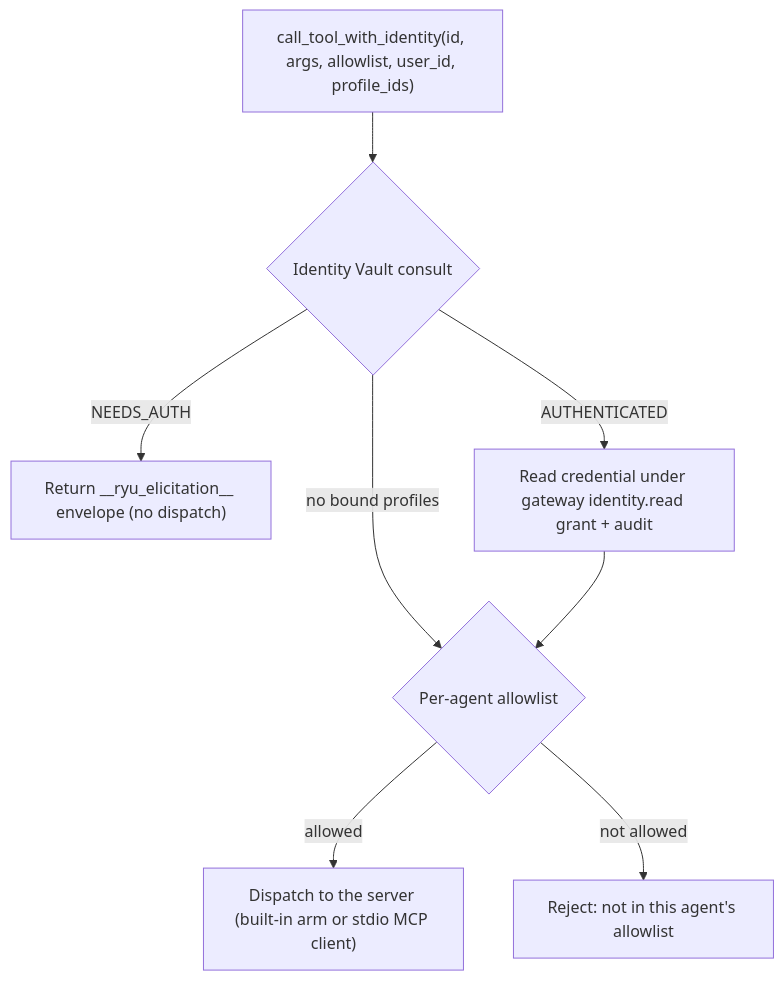
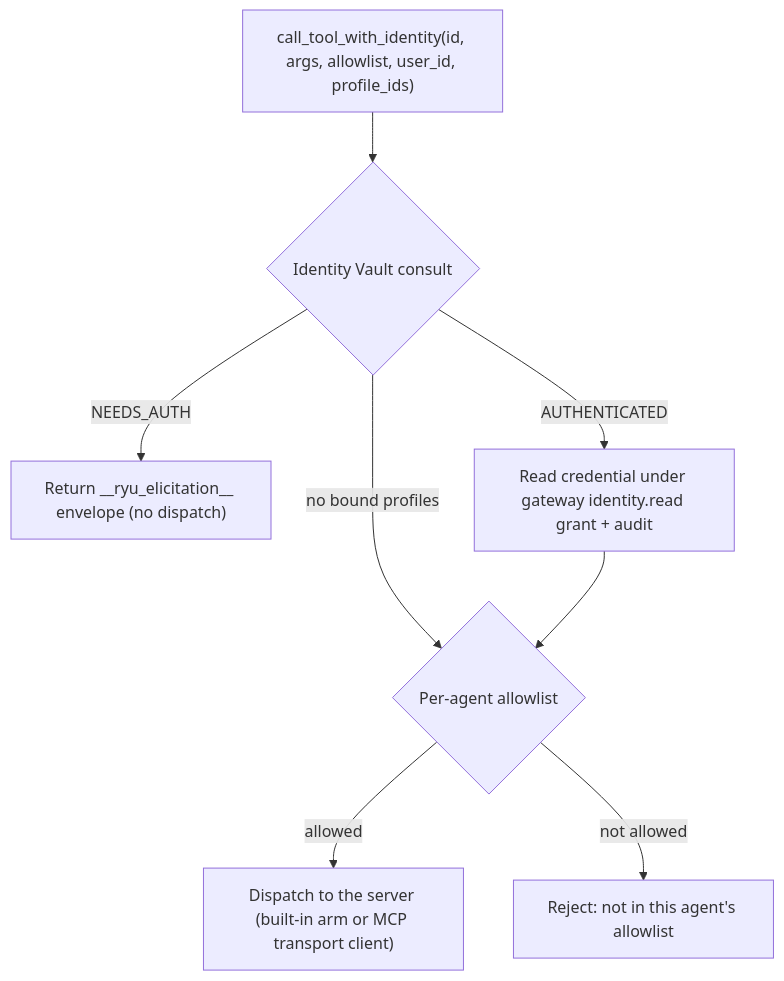
Before and after one commit to amajorai/ryu-docs: the diagram in content/docs/core/mcp-registry.mdx, drawn with Mermaid. The commit also changed other lines of this file and 317 other files, not shown here.

````diff
--- a/content/docs/core/mcp-registry.mdx
+++ b/content/docs/core/mcp-registry.mdx
@@ -93,10 +177,10 @@
 ```mermaid
 flowchart TD
   Call["call_tool_with_identity(id, args, allowlist, user_id, profile_ids)"] --> Vault{Identity Vault consult}
   Vault -->|NEEDS_AUTH| Elicit["Return __ryu_elicitation__ envelope (no dispatch)"]
   Vault -->|AUTHENTICATED| Cred["Read credential under gateway identity.read grant + audit"]
   Vault -->|no bound profiles| Allow{Per-agent allowlist}
   Cred --> Allow
-  Allow -->|allowed| Dispatch["Dispatch to the server (built-in arm or stdio MCP client)"]
+  Allow -->|allowed| Dispatch["Dispatch to the server (built-in arm or MCP transport client)"]
   Allow -->|not allowed| Deny["Reject: not in this agent's allowlist"]
 ```
````
